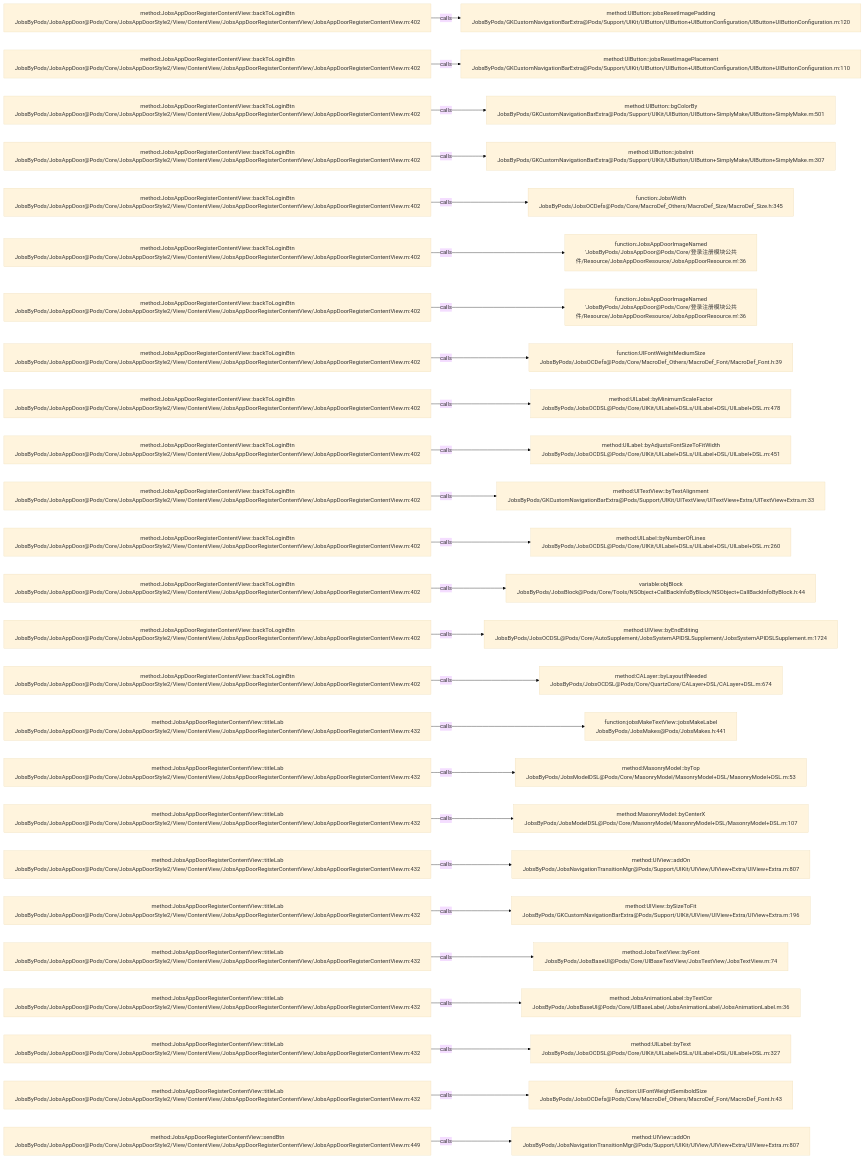
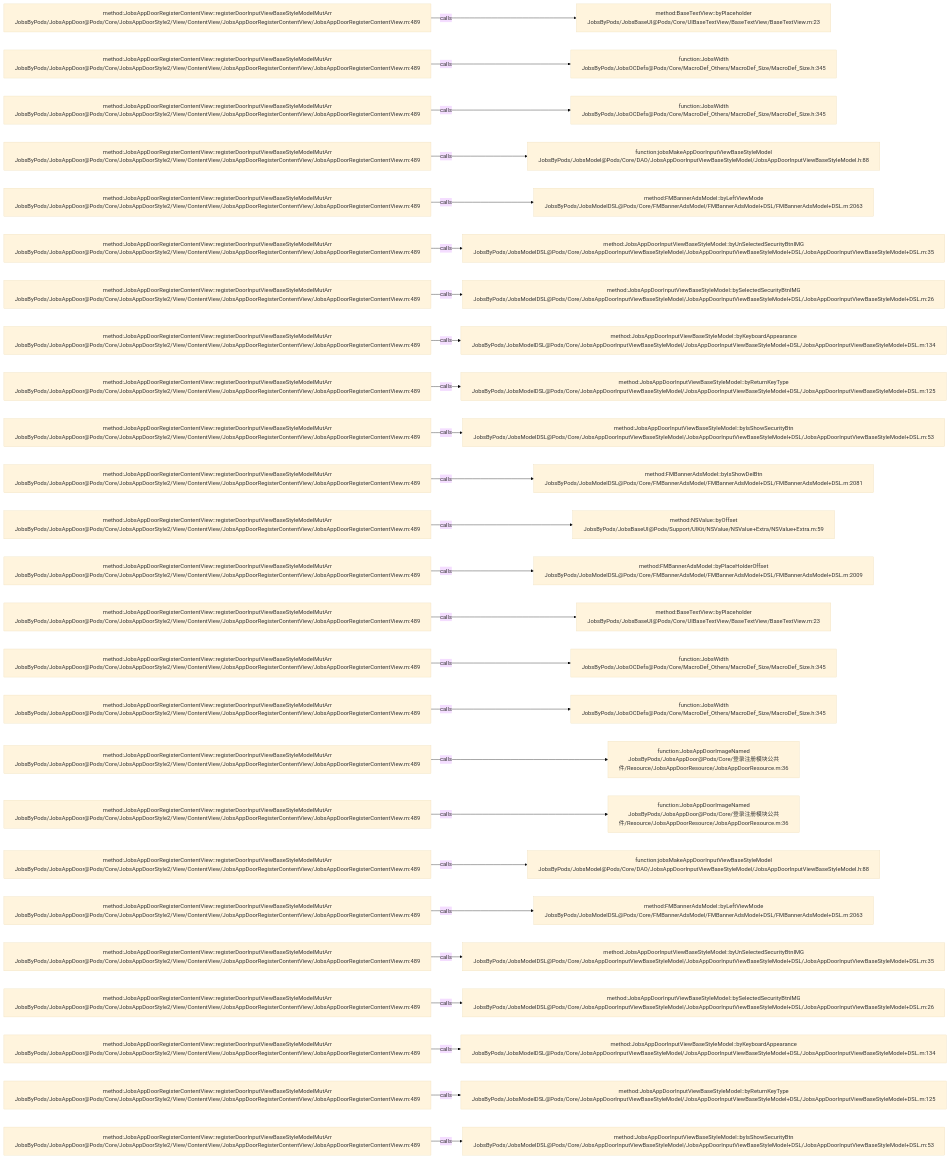
The diagram in .codegraph/codegraph.md/graphs/calls-132.md (JobsKits/JobsOCBaseConfigDemo), drawn with Mermaid (base theme) before and after one commit. The commit also changed 223 other files, not shown here.

````diff
--- a/.codegraph/codegraph.md/graphs/calls-132.md
+++ b/.codegraph/codegraph.md/graphs/calls-132.md
@@ -13,78 +13,78 @@
 ```mermaid
 flowchart LR
-  S1["method:JobsAppDoorRegisterContentView::backToLoginBtn<br/>JobsByPods/JobsAppDoor@Pods/Core/JobsAppDoorStyle2/View/ContentView/JobsAppDoorRegisterContentView/JobsAppDoorRegisterContentView.m:402"]
-  T1["method:UIButton::jobsResetImagePadding<br/>JobsByPods/GKCustomNavigationBarExtra@Pods/Support/UIKit/UIButton/UIButton+UIButtonConfiguration/UIButton+UIButtonConfiguration.m:120"]
+  S1["method:JobsAppDoorRegisterContentView::registerDoorInputViewBaseStyleModelMutArr<br/>JobsByPods/JobsAppDoor@Pods/Core/JobsAppDoorStyle2/View/ContentView/JobsAppDoorRegisterContentView/JobsAppDoorRegisterContentView.m:489"]
+  T1["method:BaseTextView::byPlaceholder<br/>JobsByPods/JobsBaseUI@Pods/Core/UIBaseTextView/BaseTextView/BaseTextView.m:23"]
   S1 -->|calls| T1
-  S2["method:JobsAppDoorRegisterContentView::backToLoginBtn<br/>JobsByPods/JobsAppDoor@Pods/Core/JobsAppDoorStyle2/View/ContentView/JobsAppDoorRegisterContentView/JobsAppDoorRegisterContentView.m:402"]
-  T2["method:UIButton::jobsResetImagePlacement<br/>JobsByPods/GKCustomNavigationBarExtra@Pods/Support/UIKit/UIButton/UIButton+UIButtonConfiguration/UIButton+UIButtonConfiguration.m:110"]
+  S2["method:JobsAppDoorRegisterContentView::registerDoorInputViewBaseStyleModelMutArr<br/>JobsByPods/JobsAppDoor@Pods/Core/JobsAppDoorStyle2/View/ContentView/JobsAppDoorRegisterContentView/JobsAppDoorRegisterContentView.m:489"]
+  T2["function:JobsWidth<br/>JobsByPods/JobsOCDefs@Pods/Core/MacroDef_Others/MacroDef_Size/MacroDef_Size.h:345"]
   S2 -->|calls| T2
-  S3["method:JobsAppDoorRegisterContentView::backToLoginBtn<br/>JobsByPods/JobsAppDoor@Pods/Core/JobsAppDoorStyle2/View/ContentView/JobsAppDoorRegisterContentView/JobsAppDoorRegisterContentView.m:402"]
-  T3["method:UIButton::bgColorBy<br/>JobsByPods/GKCustomNavigationBarExtra@Pods/Support/UIKit/UIButton/UIButton+SimplyMake/UIButton+SimplyMake.m:501"]
+  S3["method:JobsAppDoorRegisterContentView::registerDoorInputViewBaseStyleModelMutArr<br/>JobsByPods/JobsAppDoor@Pods/Core/JobsAppDoorStyle2/View/ContentView/JobsAppDoorRegisterContentView/JobsAppDoorRegisterContentView.m:489"]
+  T3["function:JobsWidth<br/>JobsByPods/JobsOCDefs@Pods/Core/MacroDef_Others/MacroDef_Size/MacroDef_Size.h:345"]
   S3 -->|calls| T3
-  S4["method:JobsAppDoorRegisterContentView::backToLoginBtn<br/>JobsByPods/JobsAppDoor@Pods/Core/JobsAppDoorStyle2/View/ContentView/JobsAppDoorRegisterContentView/JobsAppDoorRegisterContentView.m:402"]
-  T4["method:UIButton::jobsInit<br/>JobsByPods/GKCustomNavigationBarExtra@Pods/Support/UIKit/UIButton/UIButton+SimplyMake/UIButton+SimplyMake.m:307"]
+  S4["method:JobsAppDoorRegisterContentView::registerDoorInputViewBaseStyleModelMutArr<br/>JobsByPods/JobsAppDoor@Pods/Core/JobsAppDoorStyle2/View/ContentView/JobsAppDoorRegisterContentView/JobsAppDoorRegisterContentView.m:489"]
+  T4["function:jobsMakeAppDoorInputViewBaseStyleModel<br/>JobsByPods/JobsModel@Pods/Core/DAO/JobsAppDoorInputViewBaseStyleModel/JobsAppDoorInputViewBaseStyleModel.h:88"]
   S4 -->|calls| T4
-  S5["method:JobsAppDoorRegisterContentView::backToLoginBtn<br/>JobsByPods/JobsAppDoor@Pods/Core/JobsAppDoorStyle2/View/ContentView/JobsAppDoorRegisterContentView/JobsAppDoorRegisterContentView.m:402"]
-  T5["function:JobsWidth<br/>JobsByPods/JobsOCDefs@Pods/Core/MacroDef_Others/MacroDef_Size/MacroDef_Size.h:345"]
+  S5["method:JobsAppDoorRegisterContentView::registerDoorInputViewBaseStyleModelMutArr<br/>JobsByPods/JobsAppDoor@Pods/Core/JobsAppDoorStyle2/View/ContentView/JobsAppDoorRegisterContentView/JobsAppDoorRegisterContentView.m:489"]
+  T5["method:FMBannerAdsModel::byLeftViewMode<br/>JobsByPods/JobsModelDSL@Pods/Core/FMBannerAdsModel/FMBannerAdsModel+DSL/FMBannerAdsModel+DSL.m:2063"]
   S5 -->|calls| T5
-  S6["method:JobsAppDoorRegisterContentView::backToLoginBtn<br/>JobsByPods/JobsAppDoor@Pods/Core/JobsAppDoorStyle2/View/ContentView/JobsAppDoorRegisterContentView/JobsAppDoorRegisterContentView.m:402"]
-  T6["function:JobsAppDoorImageNamed<br/>'JobsByPods/JobsAppDoor@Pods/Core/登录注册模块公共件/Resource/JobsAppDoorResource/JobsAppDoorResource.m':36"]
+  S6["method:JobsAppDoorRegisterContentView::registerDoorInputViewBaseStyleModelMutArr<br/>JobsByPods/JobsAppDoor@Pods/Core/JobsAppDoorStyle2/View/ContentView/JobsAppDoorRegisterContentView/JobsAppDoorRegisterContentView.m:489"]
+  T6["method:JobsAppDoorInputViewBaseStyleModel::byUnSelectedSecurityBtnIMG<br/>JobsByPods/JobsModelDSL@Pods/Core/JobsAppDoorInputViewBaseStyleModel/JobsAppDoorInputViewBaseStyleModel+DSL/JobsAppDoorInputViewBaseStyleModel+DSL.m:35"]
   S6 -->|calls| T6
-  S7["method:JobsAppDoorRegisterContentView::backToLoginBtn<br/>JobsByPods/JobsAppDoor@Pods/Core/JobsAppDoorStyle2/View/ContentView/JobsAppDoorRegisterContentView/JobsAppDoorRegisterContentView.m:402"]
-  T7["function:JobsAppDoorImageNamed<br/>'JobsByPods/JobsAppDoor@Pods/Core/登录注册模块公共件/Resource/JobsAppDoorResource/JobsAppDoorResource.m':36"]
+  S7["method:JobsAppDoorRegisterContentView::registerDoorInputViewBaseStyleModelMutArr<br/>JobsByPods/JobsAppDoor@Pods/Core/JobsAppDoorStyle2/View/ContentView/JobsAppDoorRegisterContentView/JobsAppDoorRegisterContentView.m:489"]
+  T7["method:JobsAppDoorInputViewBaseStyleModel::bySelectedSecurityBtnIMG<br/>JobsByPods/JobsModelDSL@Pods/Core/JobsAppDoorInputViewBaseStyleModel/JobsAppDoorInputViewBaseStyleModel+DSL/JobsAppDoorInputViewBaseStyleModel+DSL.m:26"]
   S7 -->|calls| T7
-  S8["method:JobsAppDoorRegisterContentView::backToLoginBtn<br/>JobsByPods/JobsAppDoor@Pods/Core/JobsAppDoorStyle2/View/ContentView/JobsAppDoorRegisterContentView/JobsAppDoorRegisterContentView.m:402"]
-  T8["function:UIFontWeightMediumSize<br/>JobsByPods/JobsOCDefs@Pods/Core/MacroDef_Others/MacroDef_Font/MacroDef_Font.h:39"]
+  S8["method:JobsAppDoorRegisterContentView::registerDoorInputViewBaseStyleModelMutArr<br/>JobsByPods/JobsAppDoor@Pods/Core/JobsAppDoorStyle2/View/ContentView/JobsAppDoorRegisterContentView/JobsAppDoorRegisterContentView.m:489"]
+  T8["method:JobsAppDoorInputViewBaseStyleModel::byKeyboardAppearance<br/>JobsByPods/JobsModelDSL@Pods/Core/JobsAppDoorInputViewBaseStyleModel/JobsAppDoorInputViewBaseStyleModel+DSL/JobsAppDoorInputViewBaseStyleModel+DSL.m:134"]
   S8 -->|calls| T8
-  S9["method:JobsAppDoorRegisterContentView::backToLoginBtn<br/>JobsByPods/JobsAppDoor@Pods/Core/JobsAppDoorStyle2/View/ContentView/JobsAppDoorRegisterContentView/JobsAppDoorRegisterContentView.m:402"]
-  T9["method:UILabel::byMinimumScaleFactor<br/>JobsByPods/JobsOCDSL@Pods/Core/UIKit/UILabel+DSLs/UILabel+DSL/UILabel+DSL.m:478"]
+  S9["method:JobsAppDoorRegisterContentView::registerDoorInputViewBaseStyleModelMutArr<br/>JobsByPods/JobsAppDoor@Pods/Core/JobsAppDoorStyle2/View/ContentView/JobsAppDoorRegisterContentView/JobsAppDoorRegisterContentView.m:489"]
+  T9["method:JobsAppDoorInputViewBaseStyleModel::byReturnKeyType<br/>JobsByPods/JobsModelDSL@Pods/Core/JobsAppDoorInputViewBaseStyleModel/JobsAppDoorInputViewBaseStyleModel+DSL/JobsAppDoorInputViewBaseStyleModel+DSL.m:125"]
   S9 -->|calls| T9
-  S10["method:JobsAppDoorRegisterContentView::backToLoginBtn<br/>JobsByPods/JobsAppDoor@Pods/Core/JobsAppDoorStyle2/View/ContentView/JobsAppDoorRegisterContentView/JobsAppDoorRegisterContentView.m:402"]
-  T10["method:UILabel::byAdjustsFontSizeToFitWidth<br/>JobsByPods/JobsOCDSL@Pods/Core/UIKit/UILabel+DSLs/UILabel+DSL/UILabel+DSL.m:451"]
+  S10["method:JobsAppDoorRegisterContentView::registerDoorInputViewBaseStyleModelMutArr<br/>JobsByPods/JobsAppDoor@Pods/Core/JobsAppDoorStyle2/View/ContentView/JobsAppDoorRegisterContentView/JobsAppDoorRegisterContentView.m:489"]
+  T10["method:JobsAppDoorInputViewBaseStyleModel::byIsShowSecurityBtn<br/>JobsByPods/JobsModelDSL@Pods/Core/JobsAppDoorInputViewBaseStyleModel/JobsAppDoorInputViewBaseStyleModel+DSL/JobsAppDoorInputViewBaseStyleModel+DSL.m:53"]
   S10 -->|calls| T10
-  S11["method:JobsAppDoorRegisterContentView::backToLoginBtn<br/>JobsByPods/JobsAppDoor@Pods/Core/JobsAppDoorStyle2/View/ContentView/JobsAppDoorRegisterContentView/JobsAppDoorRegisterContentView.m:402"]
-  T11["method:UITextView::byTextAlignment<br/>JobsByPods/GKCustomNavigationBarExtra@Pods/Support/UIKit/UITextView/UITextView+Extra/UITextView+Extra.m:33"]
+  S11["method:JobsAppDoorRegisterContentView::registerDoorInputViewBaseStyleModelMutArr<br/>JobsByPods/JobsAppDoor@Pods/Core/JobsAppDoorStyle2/View/ContentView/JobsAppDoorRegisterContentView/JobsAppDoorRegisterContentView.m:489"]
+  T11["method:FMBannerAdsModel::byIsShowDelBtn<br/>JobsByPods/JobsModelDSL@Pods/Core/FMBannerAdsModel/FMBannerAdsModel+DSL/FMBannerAdsModel+DSL.m:2081"]
   S11 -->|calls| T11
-  S12["method:JobsAppDoorRegisterContentView::backToLoginBtn<br/>JobsByPods/JobsAppDoor@Pods/Core/JobsAppDoorStyle2/View/ContentView/JobsAppDoorRegisterContentView/JobsAppDoorRegisterContentView.m:402"]
-  T12["method:UILabel::byNumberOfLines<br/>JobsByPods/JobsOCDSL@Pods/Core/UIKit/UILabel+DSLs/UILabel+DSL/UILabel+DSL.m:260"]
+  S12["method:JobsAppDoorRegisterContentView::registerDoorInputViewBaseStyleModelMutArr<br/>JobsByPods/JobsAppDoor@Pods/Core/JobsAppDoorStyle2/View/ContentView/JobsAppDoorRegisterContentView/JobsAppDoorRegisterContentView.m:489"]
+  T12["method:NSValue::byOffset<br/>JobsByPods/JobsBaseUI@Pods/Support/UIKit/NSValue/NSValue+Extra/NSValue+Extra.m:59"]
   S12 -->|calls| T12
-  S13["method:JobsAppDoorRegisterContentView::backToLoginBtn<br/>JobsByPods/JobsAppDoor@Pods/Core/JobsAppDoorStyle2/View/ContentView/JobsAppDoorRegisterContentView/JobsAppDoorRegisterContentView.m:402"]
-  T13["variable:objBlock<br/>JobsByPods/JobsBlock@Pods/Core/Tools/NSObject+CallBackInfoByBlock/NSObject+CallBackInfoByBlock.h:44"]
+  S13["method:JobsAppDoorRegisterContentView::registerDoorInputViewBaseStyleModelMutArr<br/>JobsByPods/JobsAppDoor@Pods/Core/JobsAppDoorStyle2/View/ContentView/JobsAppDoorRegisterContentView/JobsAppDoorRegisterContentView.m:489"]
+  T13["method:FMBannerAdsModel::byPlaceHolderOffset<br/>JobsByPods/JobsModelDSL@Pods/Core/FMBannerAdsModel/FMBannerAdsModel+DSL/FMBannerAdsModel+DSL.m:2009"]
   S13 -->|calls| T13
-  S14["method:JobsAppDoorRegisterContentView::backToLoginBtn<br/>JobsByPods/JobsAppDoor@Pods/Core/JobsAppDoorStyle2/View/ContentView/JobsAppDoorRegisterContentView/JobsAppDoorRegisterContentView.m:402"]
-  T14["method:UIView::byEndEditing<br/>JobsByPods/JobsOCDSL@Pods/Core/AutoSupplement/JobsSystemAPIDSLSupplement/JobsSystemAPIDSLSupplement.m:1724"]
+  S14["method:JobsAppDoorRegisterContentView::registerDoorInputViewBaseStyleModelMutArr<br/>JobsByPods/JobsAppDoor@Pods/Core/JobsAppDoorStyle2/View/ContentView/JobsAppDoorRegisterContentView/JobsAppDoorRegisterContentView.m:489"]
+  T14["method:BaseTextView::byPlaceholder<br/>JobsByPods/JobsBaseUI@Pods/Core/UIBaseTextView/BaseTextView/BaseTextView.m:23"]
   S14 -->|calls| T14
-  S15["method:JobsAppDoorRegisterContentView::backToLoginBtn<br/>JobsByPods/JobsAppDoor@Pods/Core/JobsAppDoorStyle2/View/ContentView/JobsAppDoorRegisterContentView/JobsAppDoorRegisterContentView.m:402"]
-  T15["method:CALayer::byLayoutIfNeeded<br/>JobsByPods/JobsOCDSL@Pods/Core/QuartzCore/CALayer+DSL/CALayer+DSL.m:674"]
+  S15["method:JobsAppDoorRegisterContentView::registerDoorInputViewBaseStyleModelMutArr<br/>JobsByPods/JobsAppDoor@Pods/Core/JobsAppDoorStyle2/View/ContentView/JobsAppDoorRegisterContentView/JobsAppDoorRegisterContentView.m:489"]
+  T15["function:JobsWidth<br/>JobsByPods/JobsOCDefs@Pods/Core/MacroDef_Others/MacroDef_Size/MacroDef_Size.h:345"]
   S15 -->|calls| T15
-  S16["method:JobsAppDoorRegisterContentView::titleLab<br/>JobsByPods/JobsAppDoor@Pods/Core/JobsAppDoorStyle2/View/ContentView/JobsAppDoorRegisterContentView/JobsAppDoorRegisterContentView.m:432"]
-  T16["function:jobsMakeTextView::jobsMakeLabel<br/>JobsByPods/JobsMakes@Pods/JobsMakes.h:441"]
+  S16["method:JobsAppDoorRegisterContentView::registerDoorInputViewBaseStyleModelMutArr<br/>JobsByPods/JobsAppDoor@Pods/Core/JobsAppDoorStyle2/View/ContentView/JobsAppDoorRegisterContentView/JobsAppDoorRegisterContentView.m:489"]
+  T16["function:JobsWidth<br/>JobsByPods/JobsOCDefs@Pods/Core/MacroDef_Others/MacroDef_Size/MacroDef_Size.h:345"]
   S16 -->|calls| T16
-  S17["method:JobsAppDoorRegisterContentView::titleLab<br/>JobsByPods/JobsAppDoor@Pods/Core/JobsAppDoorStyle2/View/ContentView/JobsAppDoorRegisterContentView/JobsAppDoorRegisterContentView.m:432"]
-  T17["method:MasonryModel::byTop<br/>JobsByPods/JobsModelDSL@Pods/Core/MasonryModel/MasonryModel+DSL/MasonryModel+DSL.m:53"]
+  S17["method:JobsAppDoorRegisterContentView::registerDoorInputViewBaseStyleModelMutArr<br/>JobsByPods/JobsAppDoor@Pods/Core/JobsAppDoorStyle2/View/ContentView/JobsAppDoorRegisterContentView/JobsAppDoorRegisterContentView.m:489"]
+  T17["function:JobsAppDoorImageNamed<br/>JobsByPods/JobsAppDoor@Pods/Core/登录注册模块公共件/Resource/JobsAppDoorResource/JobsAppDoorResource.m:36"]
   S17 -->|calls| T17
-  S18["method:JobsAppDoorRegisterContentView::titleLab<br/>JobsByPods/JobsAppDoor@Pods/Core/JobsAppDoorStyle2/View/ContentView/JobsAppDoorRegisterContentView/JobsAppDoorRegisterContentView.m:432"]
-  T18["method:MasonryModel::byCenterX<br/>JobsByPods/JobsModelDSL@Pods/Core/MasonryModel/MasonryModel+DSL/MasonryModel+DSL.m:107"]
+  S18["method:JobsAppDoorRegisterContentView::registerDoorInputViewBaseStyleModelMutArr<br/>JobsByPods/JobsAppDoor@Pods/Core/JobsAppDoorStyle2/View/ContentView/JobsAppDoorRegisterContentView/JobsAppDoorRegisterContentView.m:489"]
+  T18["function:JobsAppDoorImageNamed<br/>JobsByPods/JobsAppDoor@Pods/Core/登录注册模块公共件/Resource/JobsAppDoorResource/JobsAppDoorResource.m:36"]
   S18 -->|calls| T18
-  S19["method:JobsAppDoorRegisterContentView::titleLab<br/>JobsByPods/JobsAppDoor@Pods/Core/JobsAppDoorStyle2/View/ContentView/JobsAppDoorRegisterContentView/JobsAppDoorRegisterContentView.m:432"]
-  T19["method:UIView::addOn<br/>JobsByPods/JobsNavigationTransitionMgr@Pods/Support/UIKit/UIView/UIView+Extra/UIView+Extra.m:807"]
+  S19["method:JobsAppDoorRegisterContentView::registerDoorInputViewBaseStyleModelMutArr<br/>JobsByPods/JobsAppDoor@Pods/Core/JobsAppDoorStyle2/View/ContentView/JobsAppDoorRegisterContentView/JobsAppDoorRegisterContentView.m:489"]
+  T19["function:jobsMakeAppDoorInputViewBaseStyleModel<br/>JobsByPods/JobsModel@Pods/Core/DAO/JobsAppDoorInputViewBaseStyleModel/JobsAppDoorInputViewBaseStyleModel.h:88"]
   S19 -->|calls| T19
-  S20["method:JobsAppDoorRegisterContentView::titleLab<br/>JobsByPods/JobsAppDoor@Pods/Core/JobsAppDoorStyle2/View/ContentView/JobsAppDoorRegisterContentView/JobsAppDoorRegisterContentView.m:432"]
-  T20["method:UIView::bySizeToFit<br/>JobsByPods/GKCustomNavigationBarExtra@Pods/Support/UIKit/UIView/UIView+Extra/UIView+Extra.m:196"]
+  S20["method:JobsAppDoorRegisterContentView::registerDoorInputViewBaseStyleModelMutArr<br/>JobsByPods/JobsAppDoor@Pods/Core/JobsAppDoorStyle2/View/ContentView/JobsAppDoorRegisterContentView/JobsAppDoorRegisterContentView.m:489"]
+  T20["method:FMBannerAdsModel::byLeftViewMode<br/>JobsByPods/JobsModelDSL@Pods/Core/FMBannerAdsModel/FMBannerAdsModel+DSL/FMBannerAdsModel+DSL.m:2063"]
   S20 -->|calls| T20
-  S21["method:JobsAppDoorRegisterContentView::titleLab<br/>JobsByPods/JobsAppDoor@Pods/Core/JobsAppDoorStyle2/View/ContentView/JobsAppDoorRegisterContentView/JobsAppDoorRegisterContentView.m:432"]
-  T21["method:JobsTextView::byFont<br/>JobsByPods/JobsBaseUI@Pods/Core/UIBaseTextView/JobsTextView/JobsTextView.m:74"]
+  S21["method:JobsAppDoorRegisterContentView::registerDoorInputViewBaseStyleModelMutArr<br/>JobsByPods/JobsAppDoor@Pods/Core/JobsAppDoorStyle2/View/ContentView/JobsAppDoorRegisterContentView/JobsAppDoorRegisterContentView.m:489"]
+  T21["method:JobsAppDoorInputViewBaseStyleModel::byUnSelectedSecurityBtnIMG<br/>JobsByPods/JobsModelDSL@Pods/Core/JobsAppDoorInputViewBaseStyleModel/JobsAppDoorInputViewBaseStyleModel+DSL/JobsAppDoorInputViewBaseStyleModel+DSL.m:35"]
   S21 -->|calls| T21
-  S22["method:JobsAppDoorRegisterContentView::titleLab<br/>JobsByPods/JobsAppDoor@Pods/Core/JobsAppDoorStyle2/View/ContentView/JobsAppDoorRegisterContentView/JobsAppDoorRegisterContentView.m:432"]
-  T22["method:JobsAnimationLabel::byTextCor<br/>JobsByPods/JobsBaseUI@Pods/Core/UIBaseLabel/JobsAnimationLabel/JobsAnimationLabel.m:36"]
+  S22["method:JobsAppDoorRegisterContentView::registerDoorInputViewBaseStyleModelMutArr<br/>JobsByPods/JobsAppDoor@Pods/Core/JobsAppDoorStyle2/View/ContentView/JobsAppDoorRegisterContentView/JobsAppDoorRegisterContentView.m:489"]
+  T22["method:JobsAppDoorInputViewBaseStyleModel::bySelectedSecurityBtnIMG<br/>JobsByPods/JobsModelDSL@Pods/Core/JobsAppDoorInputViewBaseStyleModel/JobsAppDoorInputViewBaseStyleModel+DSL/JobsAppDoorInputViewBaseStyleModel+DSL.m:26"]
   S22 -->|calls| T22
-  S23["method:JobsAppDoorRegisterContentView::titleLab<br/>JobsByPods/JobsAppDoor@Pods/Core/JobsAppDoorStyle2/View/ContentView/JobsAppDoorRegisterContentView/JobsAppDoorRegisterContentView.m:432"]
-  T23["method:UILabel::byText<br/>JobsByPods/JobsOCDSL@Pods/Core/UIKit/UILabel+DSLs/UILabel+DSL/UILabel+DSL.m:327"]
+  S23["method:JobsAppDoorRegisterContentView::registerDoorInputViewBaseStyleModelMutArr<br/>JobsByPods/JobsAppDoor@Pods/Core/JobsAppDoorStyle2/View/ContentView/JobsAppDoorRegisterContentView/JobsAppDoorRegisterContentView.m:489"]
+  T23["method:JobsAppDoorInputViewBaseStyleModel::byKeyboardAppearance<br/>JobsByPods/JobsModelDSL@Pods/Core/JobsAppDoorInputViewBaseStyleModel/JobsAppDoorInputViewBaseStyleModel+DSL/JobsAppDoorInputViewBaseStyleModel+DSL.m:134"]
   S23 -->|calls| T23
-  S24["method:JobsAppDoorRegisterContentView::titleLab<br/>JobsByPods/JobsAppDoor@Pods/Core/JobsAppDoorStyle2/View/ContentView/JobsAppDoorRegisterContentView/JobsAppDoorRegisterContentView.m:432"]
-  T24["function:UIFontWeightSemiboldSize<br/>JobsByPods/JobsOCDefs@Pods/Core/MacroDef_Others/MacroDef_Font/MacroDef_Font.h:43"]
+  S24["method:JobsAppDoorRegisterContentView::registerDoorInputViewBaseStyleModelMutArr<br/>JobsByPods/JobsAppDoor@Pods/Core/JobsAppDoorStyle2/View/ContentView/JobsAppDoorRegisterContentView/JobsAppDoorRegisterContentView.m:489"]
+  T24["method:JobsAppDoorInputViewBaseStyleModel::byReturnKeyType<br/>JobsByPods/JobsModelDSL@Pods/Core/JobsAppDoorInputViewBaseStyleModel/JobsAppDoorInputViewBaseStyleModel+DSL/JobsAppDoorInputViewBaseStyleModel+DSL.m:125"]
   S24 -->|calls| T24
-  S25["method:JobsAppDoorRegisterContentView::sendBtn<br/>JobsByPods/JobsAppDoor@Pods/Core/JobsAppDoorStyle2/View/ContentView/JobsAppDoorRegisterContentView/JobsAppDoorRegisterContentView.m:449"]
-  T25["method:UIView::addOn<br/>JobsByPods/JobsNavigationTransitionMgr@Pods/Support/UIKit/UIView/UIView+Extra/UIView+Extra.m:807"]
+  S25["method:JobsAppDoorRegisterContentView::registerDoorInputViewBaseStyleModelMutArr<br/>JobsByPods/JobsAppDoor@Pods/Core/JobsAppDoorStyle2/View/ContentView/JobsAppDoorRegisterContentView/JobsAppDoorRegisterContentView.m:489"]
+  T25["method:JobsAppDoorInputViewBaseStyleModel::byIsShowSecurityBtn<br/>JobsByPods/JobsModelDSL@Pods/Core/JobsAppDoorInputViewBaseStyleModel/JobsAppDoorInputViewBaseStyleModel+DSL/JobsAppDoorInputViewBaseStyleModel+DSL.m:53"]
   S25 -->|calls| T25
 ```
````
